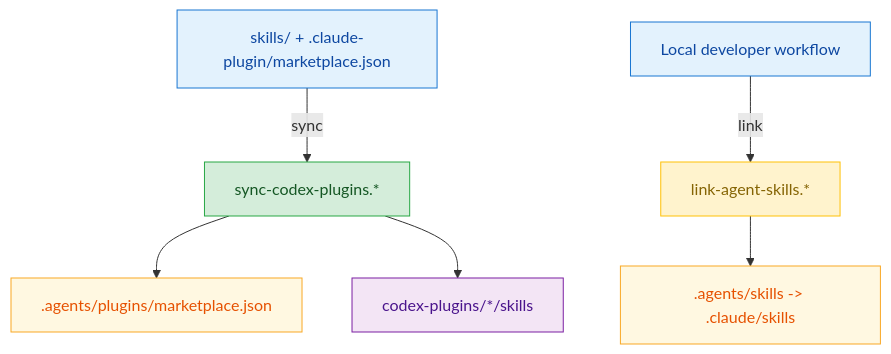
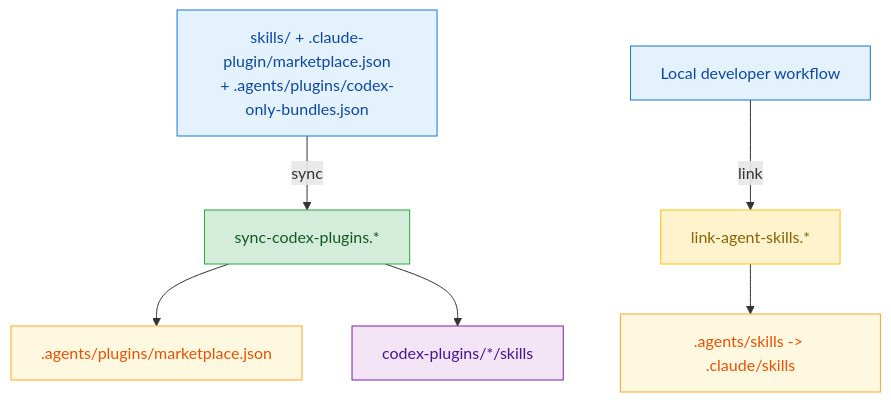
One commit to Aery9527/aery-marketplace changed the diagram in scripts/README.md. Above: the diagram before and after it, drawn with Mermaid. The commit also changed other lines of this file and 3 other files, not shown here.

````diff
--- a/scripts/README.md
+++ b/scripts/README.md
@@ -38,16 +41,16 @@
 ```mermaid
 flowchart TD
-    Source["skills/ + .claude-plugin/marketplace.json"] -->|sync| Sync["sync-codex-plugins.*"]
+    Source["skills/ + .claude-plugin/marketplace.json<br/>+ .agents/plugins/codex-only-bundles.json"] -->|sync| Sync["sync-codex-plugins.*"]
     Sync --> Agents[".agents/plugins/marketplace.json"]
     Sync --> Packages["codex-plugins/*/skills"]
     Dev["Local developer workflow"] -->|link| Link["link-agent-skills.*"]
     Link --> AgentSkills[".agents/skills -> .claude/skills"]
 
     style Source fill:#e3f2fd,stroke:#1976d2,color:#0d47a1
     style Sync fill:#d4edda,stroke:#28a745,color:#155724
     style Agents fill:#fff8e1,stroke:#f9a825,color:#e65100
     style Packages fill:#f3e5f5,stroke:#7b1fa2,color:#4a148c
     style Dev fill:#e3f2fd,stroke:#1976d2,color:#0d47a1
     style Link fill:#fff3cd,stroke:#ffc107,color:#856404
     style AgentSkills fill:#fff8e1,stroke:#f9a825,color:#e65100
 ```
````
